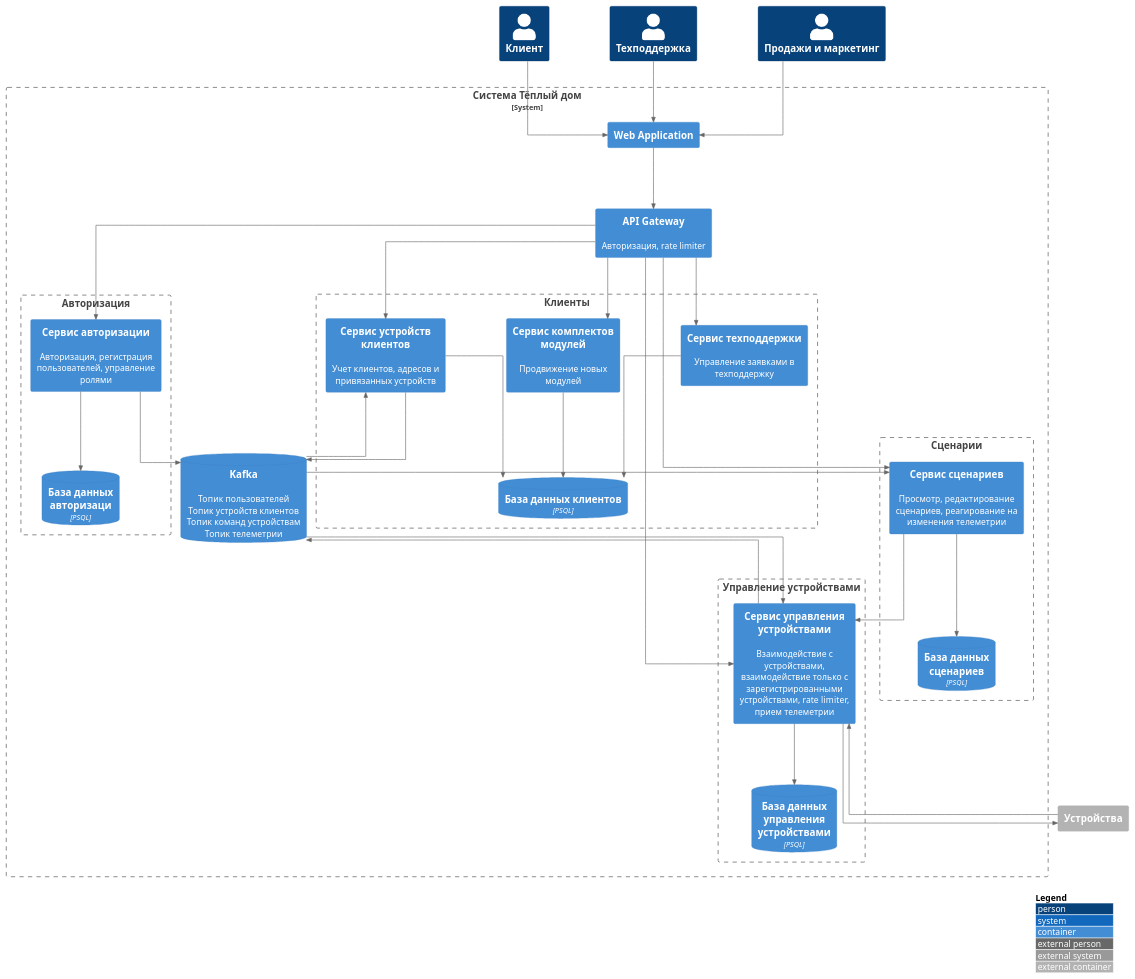
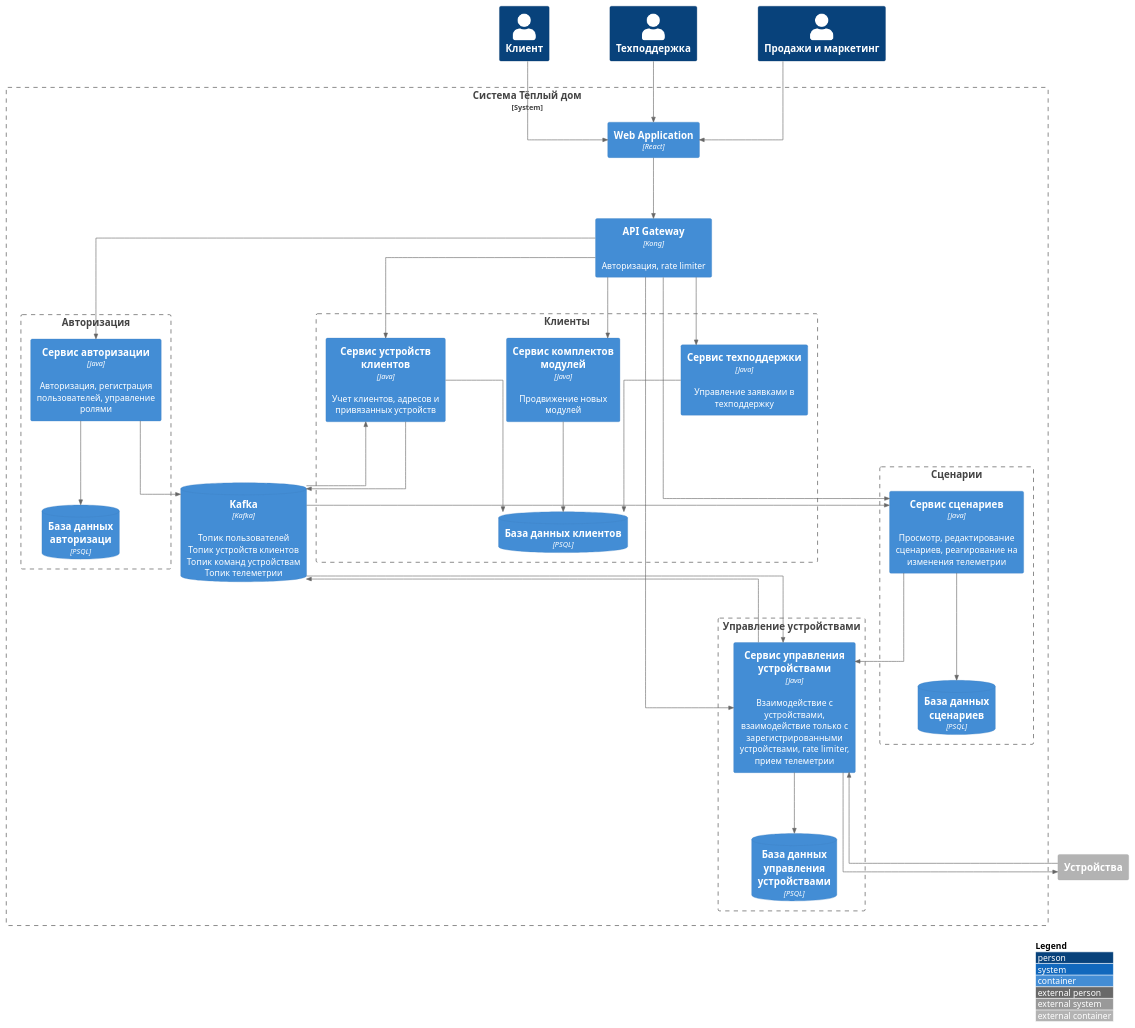
One commit to zemer/architecture-sprint-3 changed the diagram in diagrams/containers/ToBe.puml. Above: the diagram before and after it, drawn with PlantUML. The commit also changed 1 other file, not shown here.

Commit message:
На диаграмму контейнеров добавлены используемые технологии.

```diff
--- a/diagrams/containers/ToBe.puml
+++ b/diagrams/containers/ToBe.puml
@@ -1,79 +1,79 @@
 @startuml
 !include https://raw.githubusercontent.com/plantuml-stdlib/C4-PlantUML/master/C4_Container.puml
 
 skinparam linetype ortho
 skinparam nodesep 100
 skinparam ranksep 100
 
 Person(client, "Клиент")
 Person(support, "Техподдержка")
 Person(manager, "Продажи и маркетинг")
 
 Container_Ext(devices, "Устройства")
 
 System_Boundary(system, "Система Тёплый дом"){
-  Container(web_app, "Web Application")
-  Container(api_gateway, "API Gateway", "", "Авторизация, rate limiter")  
+  Container(web_app, "Web Application", "React")
+  Container(api_gateway, "API Gateway", "Kong", "Авторизация, rate limiter")  
 
   Boundary(auth_boundary, "Авторизация"){
-    Container(auth_service, "Сервис авторизации", "", "Авторизация, регистрация пользователей, управление ролями")  
+    Container(auth_service, "Сервис авторизации", "Java", "Авторизация, регистрация пользователей, управление ролями")  
     ContainerDb(auth_db, "База данных авторизаци", "PSQL")
     Rel(auth_service, auth_db, "")
   }
   
   Boundary(clients, "Клиенты"){
-    Container(clients_service, "Сервис устройств клиентов", "", "Учет клиентов, адресов и привязанных устройств")
-    Container(support_service, "Сервис техподдержки", "", "Управление заявками в техподдержку")
-    Container(sales_service, "Сервис комплектов модулей", "", "Продвижение новых модулей") 
+    Container(clients_service, "Сервис устройств клиентов", "Java", "Учет клиентов, адресов и привязанных устройств")
+    Container(support_service, "Сервис техподдержки", "Java", "Управление заявками в техподдержку")
+    Container(sales_service, "Сервис комплектов модулей", "Java", "Продвижение новых модулей") 
     ContainerDb(clients_db, "База данных клиентов", "PSQL")
 
     Rel(clients_service, clients_db, "")
     Rel(support_service, clients_db, "")
     Rel(sales_service, clients_db, "")
   }
 
   Boundary(scenario_boundary, "Сценарии"){
-    Container(scenario_service, "Сервис сценариев", "", "Просмотр, редактирование сценариев, реагирование на изменения телеметрии")
+    Container(scenario_service, "Сервис сценариев", "Java", "Просмотр, редактирование сценариев, реагирование на изменения телеметрии")
     ContainerDb(scenario_db, "База данных сценариев", "PSQL")
 
     Rel(scenario_service, scenario_db, "")
   }
 
   Boundary(devices_boundary, "Управление устройствами"){
-    Container(device_service, "Сервис управления устройствами", "", "Взаимодействие с устройствами, взаимодействие только с зарегистрированными устройствами, rate limiter, прием телеметрии")
+    Container(device_service, "Сервис управления устройствами", "Java", "Взаимодействие с устройствами, взаимодействие только с зарегистрированными устройствами, rate limiter, прием телеметрии")
     ContainerDb(device_db, "База данных управления устройствами", "PSQL")
 
     Rel(device_service, device_db, "")
   }
 
-  ContainerDb(kafka, "Kafka", "", "Топик пользователей\nТопик устройств клиентов\nТопик команд устройствам\nТопик телеметрии")
+  ContainerDb(kafka, "Kafka", "Kafka", "Топик пользователей\nТопик устройств клиентов\nТопик команд устройствам\nТопик телеметрии")
 }
 
 Rel(scenario_service, device_service, "")
 
 Rel(api_gateway, auth_service, "")
 Rel(api_gateway, clients_service, "")
 Rel(api_gateway, support_service, "")
 Rel(api_gateway, sales_service, "")
 Rel(api_gateway, device_service, "")
 Rel(api_gateway, scenario_service, "")
 
 Rel(client, web_app, "")
 Rel(support, web_app, "")
 Rel(manager, web_app, "")
 
 Rel(web_app, api_gateway, "")
 
 Rel(device_service, devices, "")
 Rel(devices, device_service, "")
 
 Rel(auth_service, kafka, "")
 
 Rel(device_service, kafka, "")
 Rel(clients_service, kafka, "")
 Rel(kafka, scenario_service, "")
 Rel(kafka, device_service, "")
 Rel(kafka, clients_service, "")
 
 LAYOUT_WITH_LEGEND()
 @enduml
```
